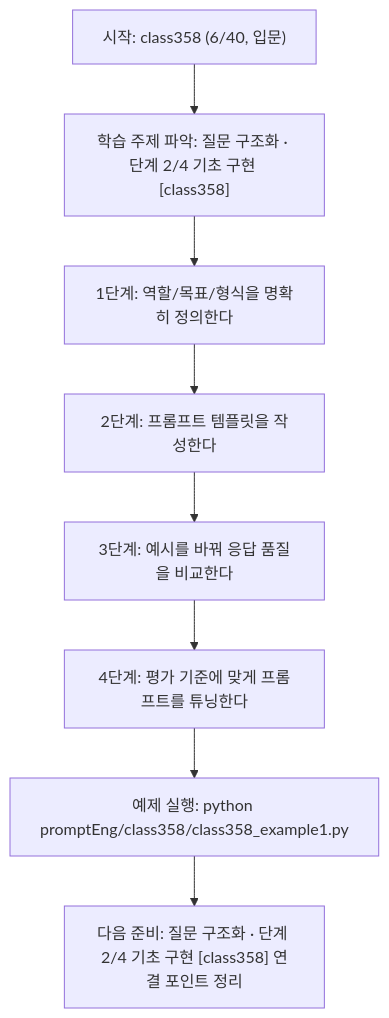
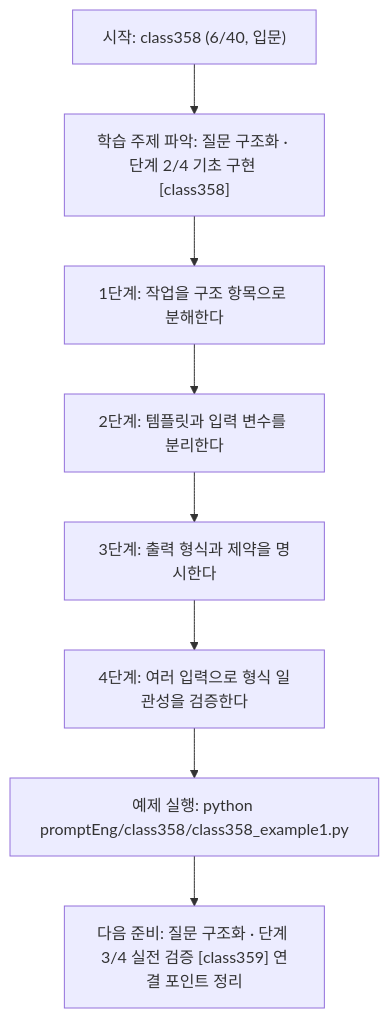
One commit to edumgt/Python-AI_Agent-Class changed the diagram in promptEng/class358/class358.md. Above: the diagram before and after it, drawn with Mermaid. The commit also changed other lines of this file and 283 other files, not shown here.

````diff
--- a/promptEng/class358/class358.md
+++ b/promptEng/class358/class358.md
@@ -109,18 +91,18 @@
 ```mermaid
 flowchart TD
 N1["시작: class358 (6/40, 입문)"]
 N2["학습 주제 파악: 질문 구조화 · 단계 2/4 기초 구현 [class358]"]
-N3["1단계: 역할/목표/형식을 명확히 정의한다"]
-N4["2단계: 프롬프트 템플릿을 작성한다"]
-N5["3단계: 예시를 바꿔 응답 품질을 비교한다"]
-N6["4단계: 평가 기준에 맞게 프롬프트를 튜닝한다"]
+N3["1단계: 작업을 구조 항목으로 분해한다"]
+N4["2단계: 템플릿과 입력 변수를 분리한다"]
+N5["3단계: 출력 형식과 제약을 명시한다"]
+N6["4단계: 여러 입력으로 형식 일관성을 검증한다"]
 N7["예제 실행: python promptEng/class358/class358_example1.py"]
-N8["다음 준비: 질문 구조화 · 단계 2/4 기초 구현 [class358] 연결 포인트 정리"]
+N8["다음 준비: 질문 구조화 · 단계 3/4 실전 검증 [class359] 연결 포인트 정리"]
 N1 --> N2
 N2 --> N3
 N3 --> N4
 N4 --> N5
 N5 --> N6
 N6 --> N7
 N7 --> N8
 ```
````
